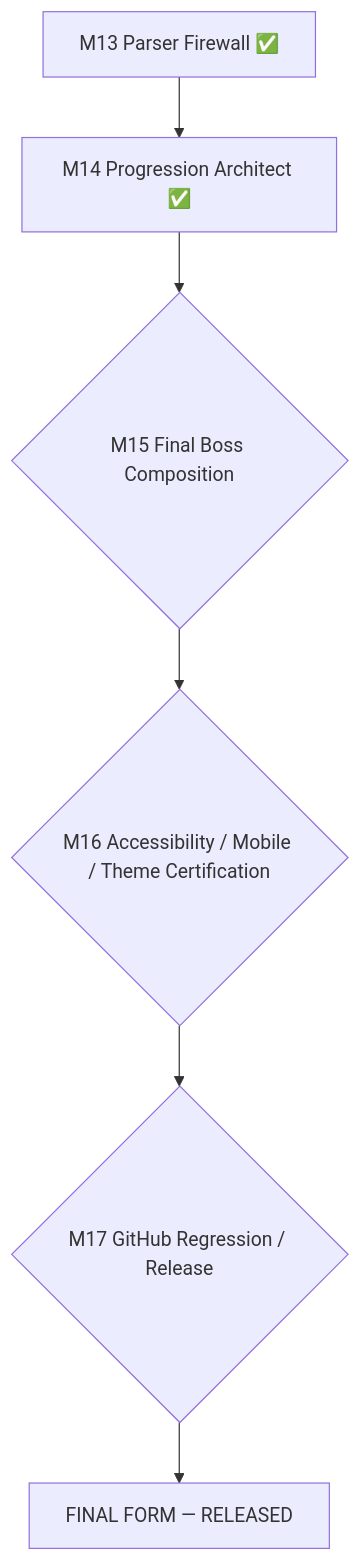
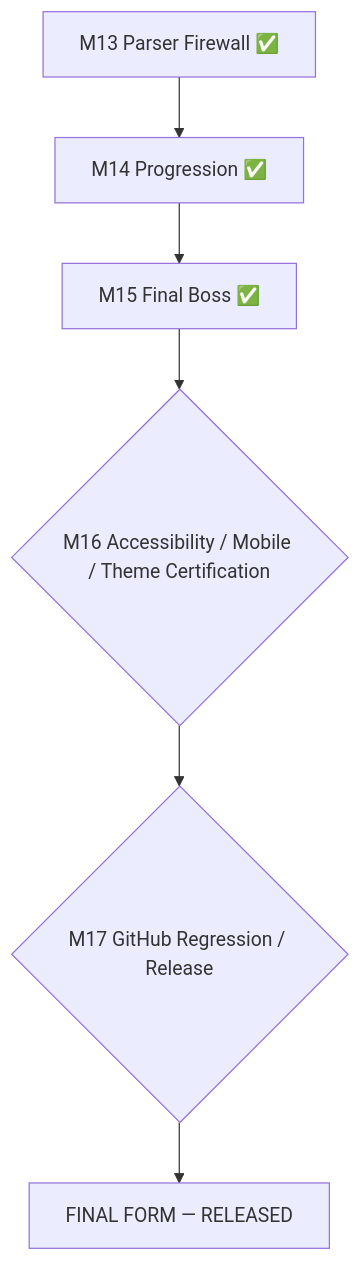
One commit to thiepn/markdown changed the fourth of 5 diagrams in README.md. Above: the diagram before and after it, drawn with Mermaid. The commit also changed other lines of this file, not shown here.

Commit message:
M15: compose canonical Final Boss

````diff
--- a/README.md
+++ b/README.md
@@ -1016,8 +981,8 @@
 ```mermaid
 flowchart TD
-    M13[M13 Parser Firewall ✅] --> M14[M14 Progression Architect ✅]
-    M14 --> M15{M15 Final Boss Composition}
+    M13[M13 Parser Firewall ✅] --> M14[M14 Progression ✅]
+    M14 --> M15[M15 Final Boss ✅]
     M15 --> M16{M16 Accessibility / Mobile / Theme Certification}
     M16 --> M17{M17 GitHub Regression / Release}
     M17 --> REL[FINAL FORM — RELEASED]
 ```
````
